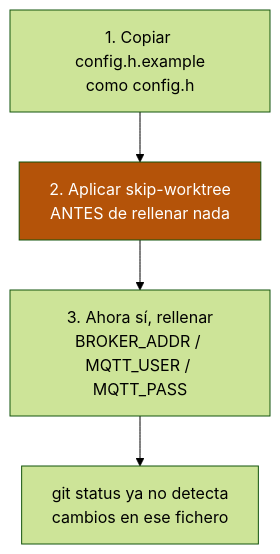
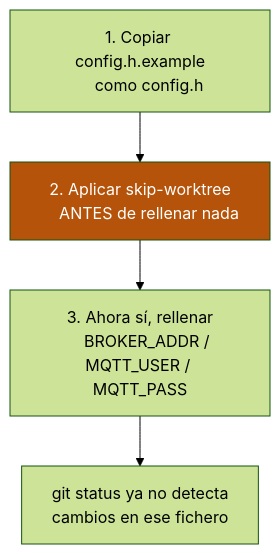
Before and after one commit to GerardUmbert/arduino-mega-mqtt-ha: the diagram in docs/docs/getting-started/config.md, drawn with Mermaid (forest theme). The commit also changed other lines of this file and 11 other files, not shown here.

````diff
--- a/docs/docs/getting-started/config.md
+++ b/docs/docs/getting-started/config.md
@@ -52,8 +86,12 @@
 ```mermaid
 flowchart TD
-    A["1. Copiar config.h.example<br/>como config.h"] --> B["2. Aplicar skip-worktree<br/>ANTES de rellenar nada"]
-    B --> C["3. Ahora sí, rellenar<br/>BROKER_ADDR / MQTT_USER / MQTT_PASS"]
-    C --> D["git status ya no detecta<br/>cambios en ese fichero"]
+    A["`1. Copiar config.h.example
+    como config.h`"] --> B["`2. Aplicar skip-worktree
+    ANTES de rellenar nada`"]
+    B --> C["`3. Ahora sí, rellenar
+    BROKER_ADDR / MQTT_USER / MQTT_PASS`"]
+    C --> D["`git status ya no detecta
+    cambios en ese fichero`"]
 
     style B fill:#b45309,color:#fff
 ```
````
